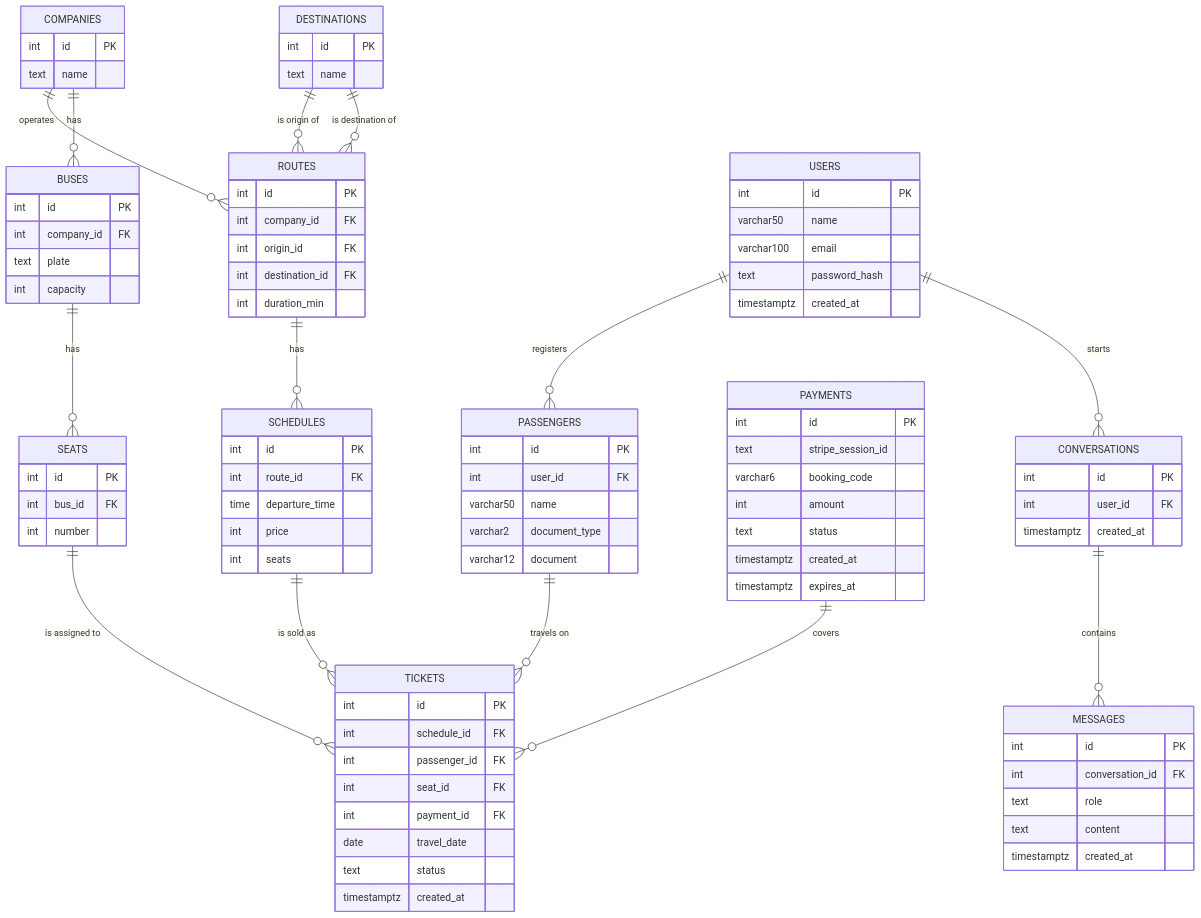
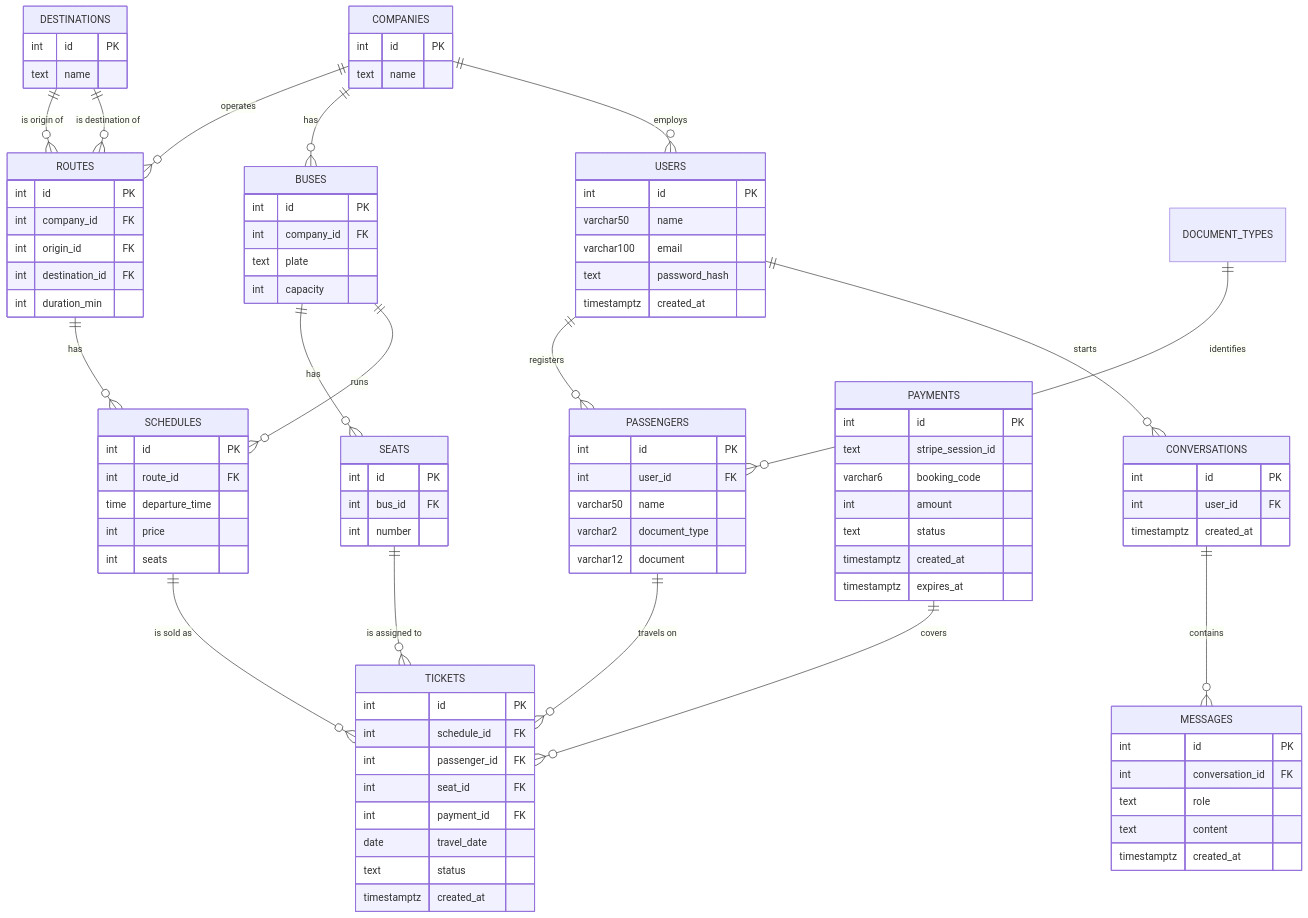
Before and after one commit to terminapp-pasto/terminapp-backend: the second of 4 diagrams in README.md, drawn with Mermaid. The commit also changed other lines of this file and 1 other file, not shown here.

Commit message:
Document roles, the admin panel, company settings and the new scripts in the README

```diff
--- a/README.md
+++ b/README.md
@@ -195,6 +242,9 @@
     PAYMENTS ||--o{ TICKETS : "covers"
     USERS ||--o{ CONVERSATIONS : "starts"
     CONVERSATIONS ||--o{ MESSAGES : "contains"
+    BUSES ||--o{ SCHEDULES : "runs"
+    COMPANIES ||--o{ USERS : "employs"
+    DOCUMENT_TYPES ||--o{ PASSENGERS : "identifies"
 
     COMPANIES {
         int id PK
```
